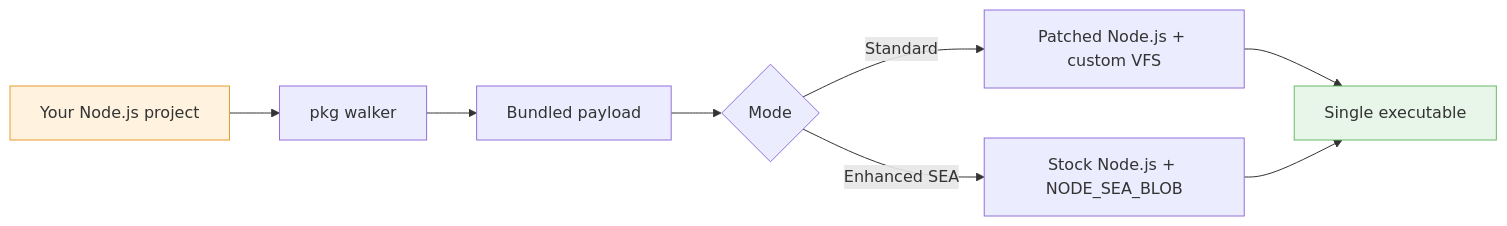
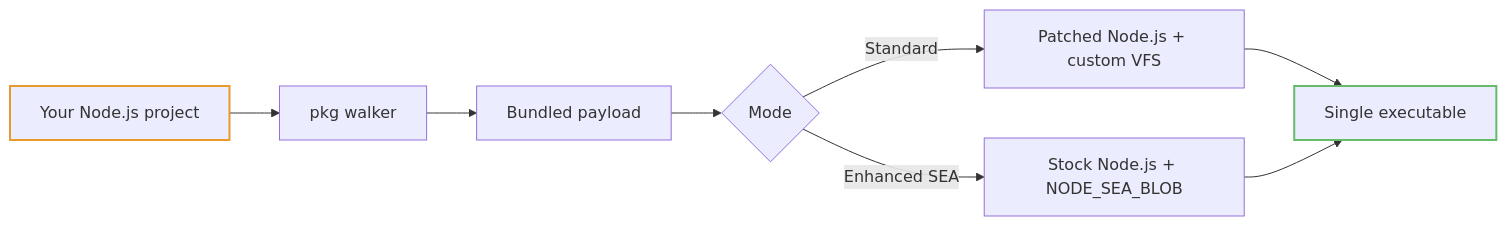
The diagram in docs-site/guide/index.md (yao-pkg/pkg), drawn with Mermaid before and after one commit. The commit also changed 5 other files, not shown here.

Commit message:
docs: update mermaid diagram styles for better readability and adjust SEA mode documentation

````diff
--- a/docs-site/guide/index.md
+++ b/docs-site/guide/index.md
@@ -34,13 +34,13 @@
 ```mermaid
 flowchart LR
     A[Your Node.js project] --> B[pkg walker]
     B --> C[Bundled payload]
     C --> D{Mode}
     D -- Standard --> E[Patched Node.js + custom VFS]
     D -- Enhanced SEA --> F[Stock Node.js + NODE_SEA_BLOB]
     E --> G[Single executable]
     F --> G
 
-    style A fill:#fff3e0,stroke:#e89b2c
-    style G fill:#e8f5e9,stroke:#66bb6a
+    style A stroke:#e89b2c,stroke-width:2px
+    style G stroke:#66bb6a,stroke-width:2px
 ```
````
